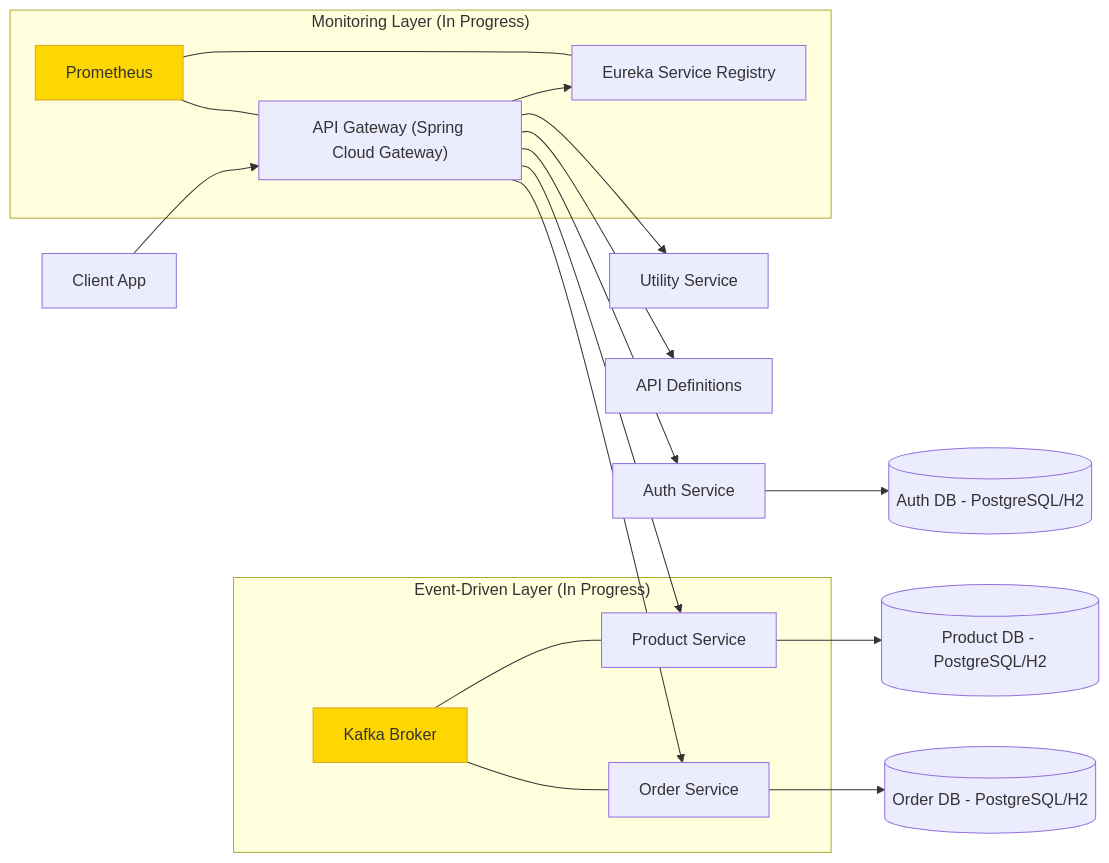
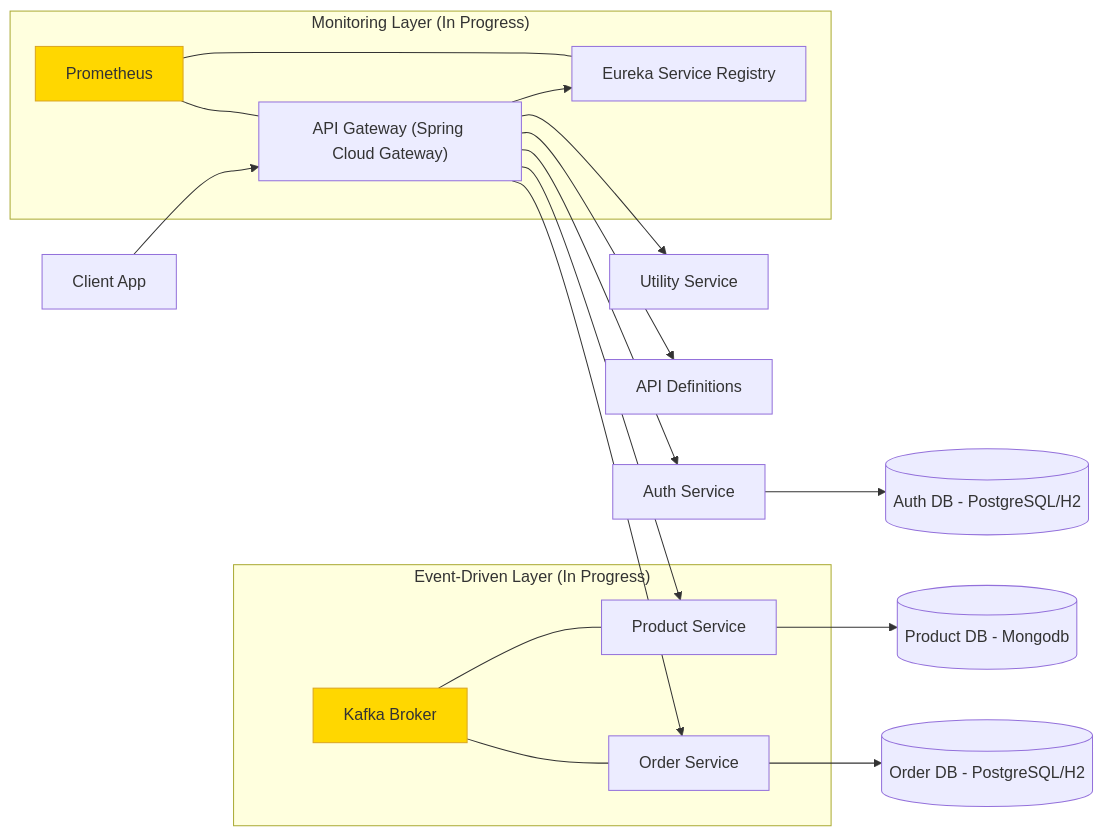
The diagram in README.md (amodhyh/Project-Sazzler), drawn with Mermaid before and after one commit.

Commit message:
Update Product DB reference to MongoDB

````diff
--- a/README.md
+++ b/README.md
@@ -72,27 +72,27 @@
 ```mermaid
 flowchart LR
   Client["Client App"] --> Gateway["API Gateway (Spring Cloud Gateway)"]
   Gateway --> Registry["Eureka Service Registry"]
   Gateway --> Auth["Auth Service"]
   Gateway --> Product["Product Service"]
   Gateway --> Order["Order Service"]
   Gateway --> Utility["Utility Service"]
   Gateway --> APIDef["API Definitions"]
 
   Auth --> DBAuth[("Auth DB - PostgreSQL/H2")]
-  Product --> DBProduct[("Product DB - PostgreSQL/H2")]
+  Product --> DBProduct[("Product DB - Mongodb")]
   Order --> DBOrder[("Order DB - PostgreSQL/H2")]
 
   subgraph "Event-Driven Layer (In Progress)"
     Kafka["Kafka Broker"] --- Order
     Kafka --- Product
   end
 
   subgraph "Monitoring Layer (In Progress)"
     Prometheus["Prometheus"] --- Registry
     Prometheus --- Gateway
   end
 
   style Kafka fill:#FFD700,stroke:#DAA520
   style Prometheus fill:#FFD700,stroke:#DAA520
 ```
````
